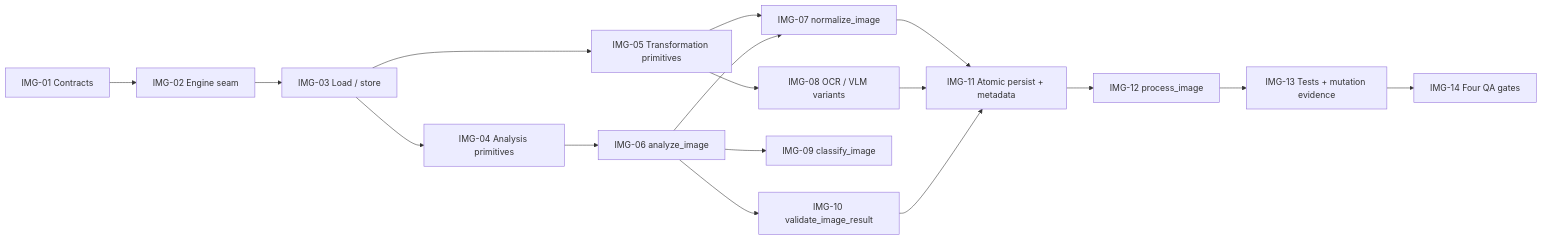
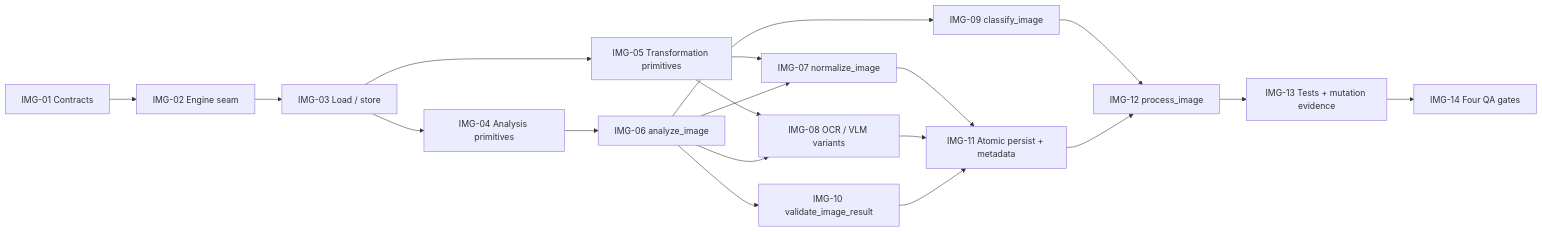
One commit to mariogarcia-ar/docflow changed the diagram in docs/plan/issues/wbs-procesador-image.md. Above: the diagram before and after it, drawn with Mermaid. The commit also changed other lines of this file and 11 other files, not shown here.

````diff
--- a/docs/plan/issues/wbs-procesador-image.md
+++ b/docs/plan/issues/wbs-procesador-image.md
@@ -274,19 +274,21 @@
 ```mermaid
 flowchart LR
     IMG01["IMG-01 Contracts"] --> IMG02["IMG-02 Engine seam"]
     IMG02 --> IMG03["IMG-03 Load / store"]
     IMG03 --> IMG04["IMG-04 Analysis primitives"]
     IMG03 --> IMG05["IMG-05 Transformation primitives"]
     IMG04 --> IMG06["IMG-06 analyze_image"]
     IMG05 --> IMG07["IMG-07 normalize_image"]
     IMG06 --> IMG07
     IMG05 --> IMG08["IMG-08 OCR / VLM variants"]
+    IMG06 --> IMG08
     IMG06 --> IMG09["IMG-09 classify_image"]
     IMG06 --> IMG10["IMG-10 validate_image_result"]
     IMG07 --> IMG11["IMG-11 Atomic persist + metadata"]
     IMG08 --> IMG11
     IMG10 --> IMG11
-    IMG11 --> IMG12["IMG-12 process_image"]
+    IMG09 --> IMG12["IMG-12 process_image"]
+    IMG11 --> IMG12
     IMG12 --> IMG13["IMG-13 Tests + mutation evidence"]
     IMG13 --> IMG14["IMG-14 Four QA gates"]
 ```
````
